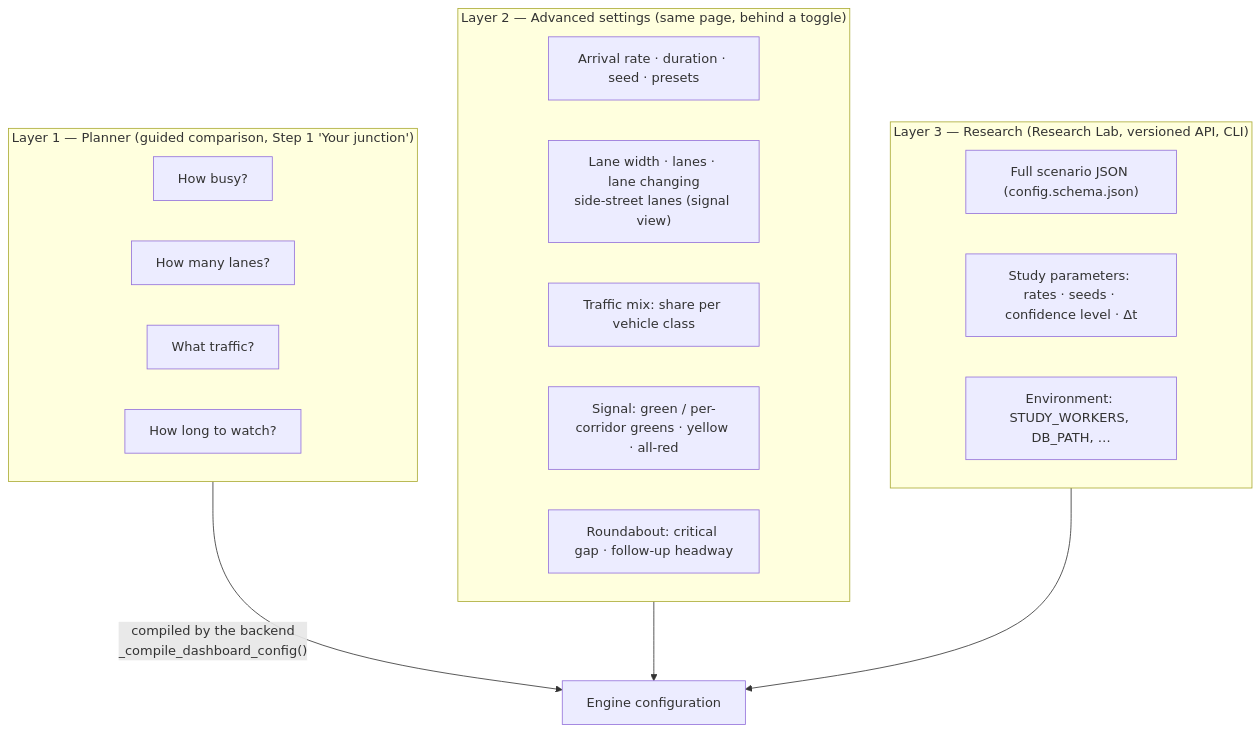
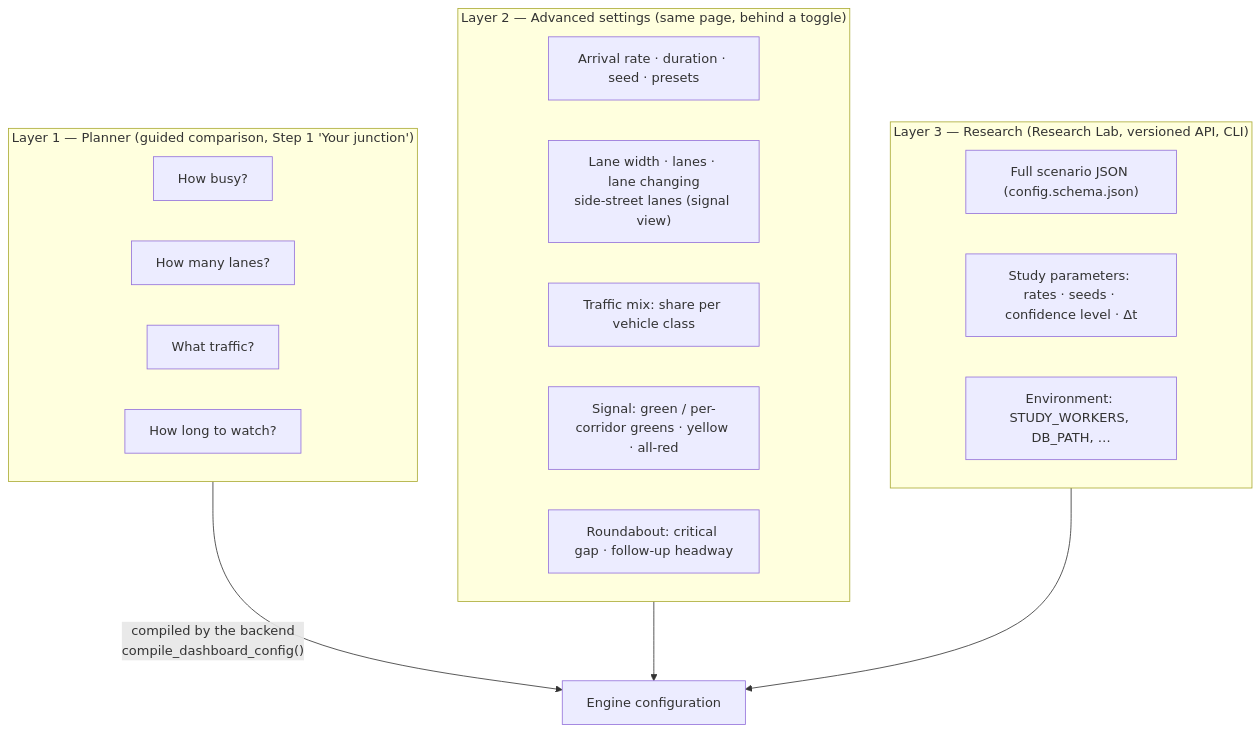
One commit to Viraj281105/Traffic-Simulation changed the diagram in docs/simulation/configuration.md. Above: the diagram before and after it, drawn with Mermaid. The commit also changed other lines of this file and 88 other files, not shown here.

````diff
--- a/docs/simulation/configuration.md
+++ b/docs/simulation/configuration.md
@@ -8,24 +8,24 @@
 ```mermaid
 flowchart TB
     subgraph L1["Layer 1 — Planner (guided comparison, Step 1 'Your junction')"]
         P1["How busy?"]
         P2["How many lanes?"]
         P4["What traffic?"]
         P3["How long to watch?"]
     end
     subgraph L2["Layer 2 — Advanced settings (same page, behind a toggle)"]
         A1["Arrival rate · duration · seed · presets"]
         A2["Lane width · lanes · lane changing<br/>side-street lanes (signal view)"]
         A5["Traffic mix: share per vehicle class"]
         A3["Signal: green / per-corridor greens · yellow · all-red"]
         A4["Roundabout: critical gap · follow-up headway"]
     end
     subgraph L3["Layer 3 — Research (Research Lab, versioned API, CLI)"]
         R1["Full scenario JSON (config.schema.json)"]
         R2["Study parameters: rates · seeds · confidence level · Δt"]
         R3["Environment: STUDY_WORKERS, DB_PATH, …"]
     end
-    L1 -->|"compiled by the backend<br/>_compile_dashboard_config()"| ENG["Engine configuration"]
+    L1 -->|"compiled by the backend<br/>compile_dashboard_config()"| ENG["Engine configuration"]
     L2 --> ENG
     L3 --> ENG
 ```
````
